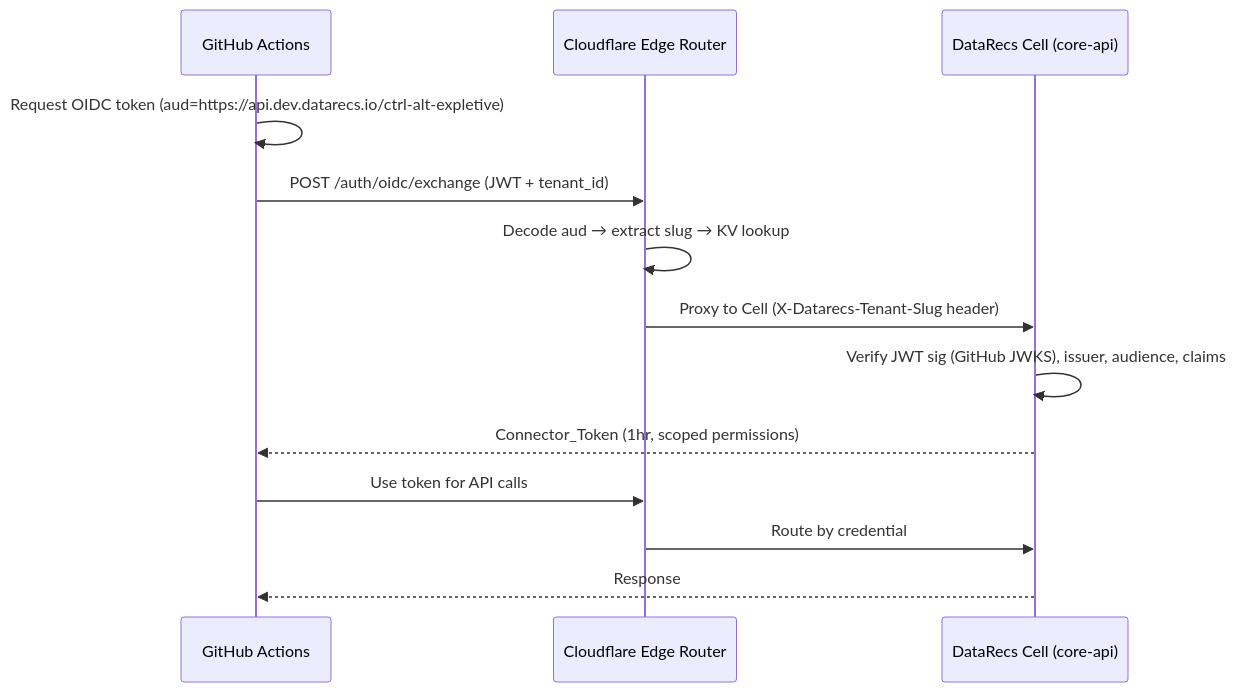
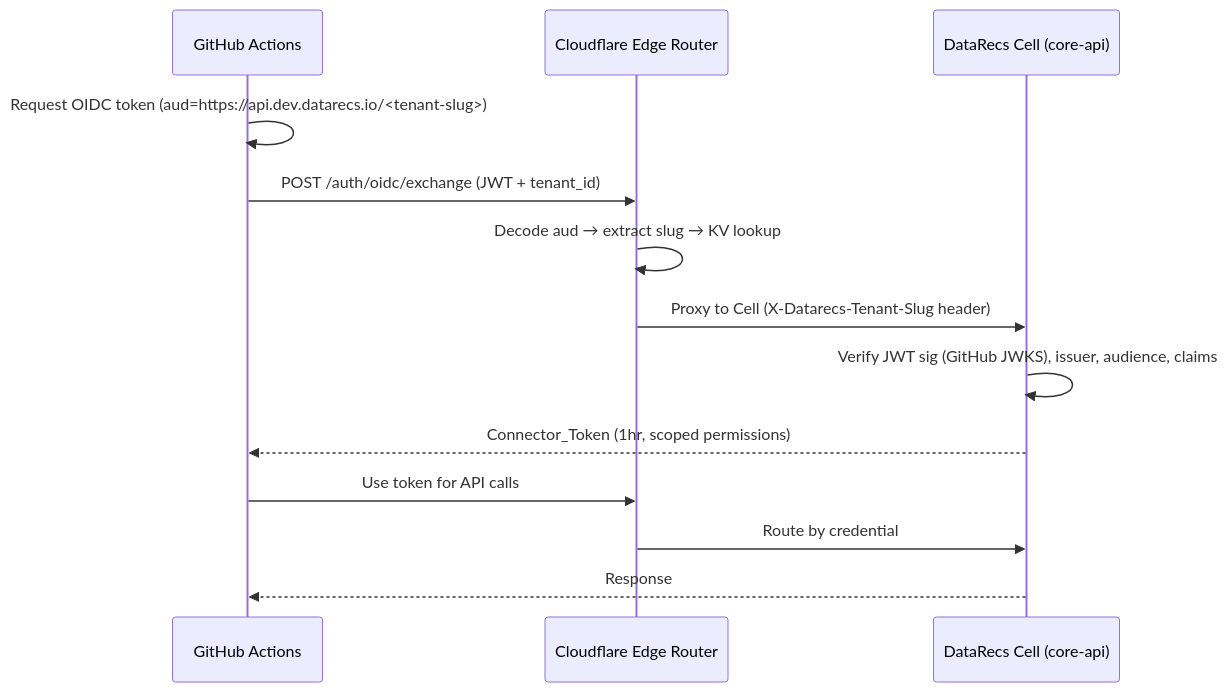
Before and after one commit to datarecs/demo-github-actions-auth: the diagram in README.md, drawn with Mermaid. The commit also changed other lines of this file and 3 other files, not shown here.

````diff
--- a/README.md
+++ b/README.md
@@ -9,16 +9,16 @@
 ```mermaid
 sequenceDiagram
     participant GH as GitHub Actions
     participant Edge as Cloudflare Edge Router
     participant Cell as DataRecs Cell (core-api)
 
-    GH->>GH: Request OIDC token (aud=https://api.dev.datarecs.io/ctrl-alt-expletive)
+    GH->>GH: Request OIDC token (aud=https://api.dev.datarecs.io/<tenant-slug>)
     GH->>Edge: POST /auth/oidc/exchange (JWT + tenant_id)
     Edge->>Edge: Decode aud → extract slug → KV lookup
     Edge->>Cell: Proxy to Cell (X-Datarecs-Tenant-Slug header)
     Cell->>Cell: Verify JWT sig (GitHub JWKS), issuer, audience, claims
     Cell-->>GH: Connector_Token (1hr, scoped permissions)
     GH->>Edge: Use token for API calls
     Edge->>Cell: Route by credential
     Cell-->>GH: Response
 ```
````
